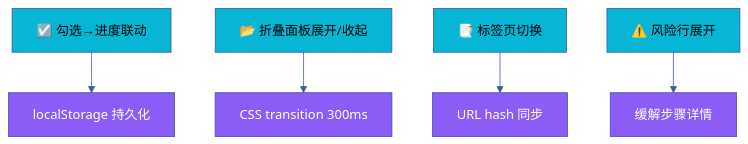
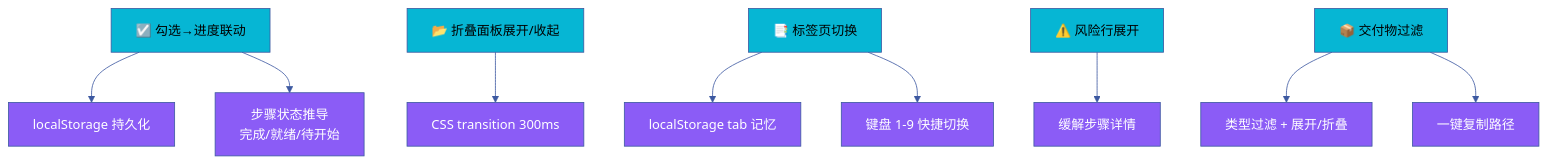
The first of 2 diagrams in docs/故事任务面板/计划清单/场景-2-清单交互组件实现/index.md (effiy/YrY), drawn with Mermaid before and after one commit. The commit also changed other lines of this file and 272 other files, not shown here.

````diff
--- a/docs/故事任务面板/计划清单/场景-2-清单交互组件实现/index.md
+++ b/docs/故事任务面板/计划清单/场景-2-清单交互组件实现/index.md
@@ -11,14 +24,18 @@
 ```mermaid
 %%{init: {'theme': 'base', 'themeVariables': {
   'primaryColor': '#1e1f2b', 'primaryTextColor': '#a9b1d6',
   'primaryBorderColor': '#3d59a1', 'lineColor': '#3d59a1',
   'secondaryColor': '#2b2d3b', 'tertiaryColor': '#21232f'
 }}}%%
 flowchart TD
     CHECK["☑️ 勾选→进度联动"]:::c --> LS["localStorage 持久化"]:::s
+    CHECK --> STATUS["步骤状态推导<br/>完成/就绪/待开始"]:::s
     FOLD["📂 折叠面板展开/收起"]:::c --> ANIM["CSS transition 300ms"]:::s
-    TAB["📑 标签页切换"]:::c --> HASH["URL hash 同步"]:::s
+    TAB["📑 标签页切换"]:::c --> HASH["localStorage tab 记忆"]:::s
+    TAB --> KEY["键盘 1-9 快捷切换"]:::s
     RISK["⚠️ 风险行展开"]:::c --> DET["缓解步骤详情"]:::s
+    DELIV["📦 交付物过滤"]:::c --> TYPE["类型过滤 + 展开/折叠"]:::s
+    DELIV --> COPY["一键复制路径"]:::s
     classDef c fill:#06b6d4,color:#000
     classDef s fill:#8B5CF6,color:#fff
 ```
````
